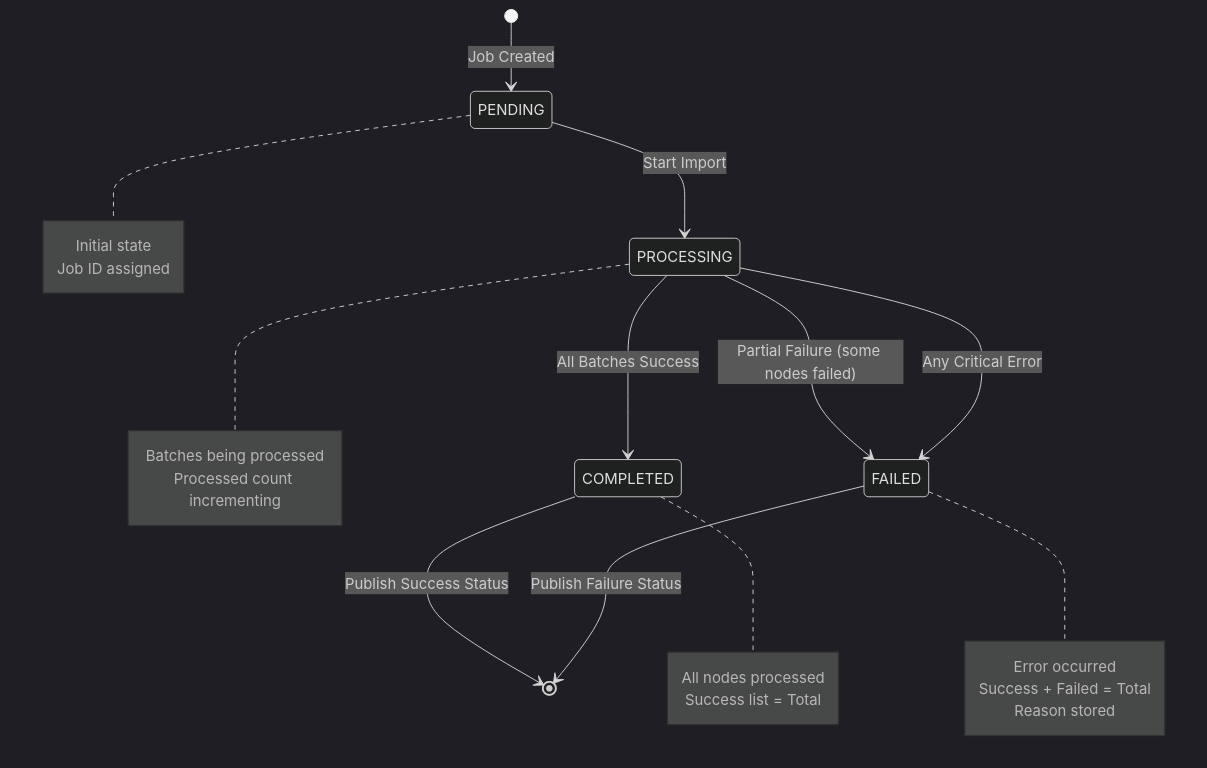
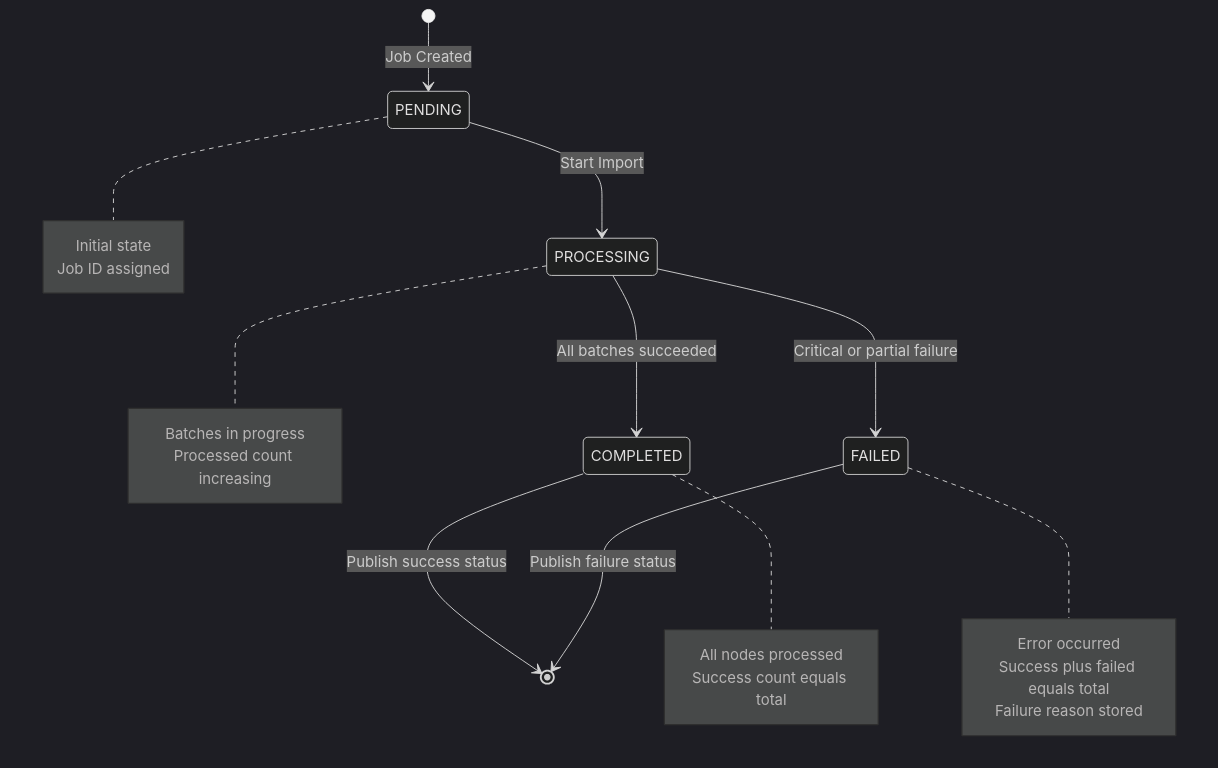
One commit to kagit00/schedule_x changed diagram 28 of 32 in docs/Low Level Designs/NodesImport.md. Above: the diagram before and after it, drawn with Mermaid (dark theme). The commit also changed other lines of this file, not shown here.

````diff
--- a/docs/Low Level Designs/NodesImport.md
+++ b/docs/Low Level Designs/NodesImport.md
@@ -1326,34 +1326,34 @@
 ```mermaid
 stateDiagram-v2
     [*] --> PENDING: Job Created
-    
+
     PENDING --> PROCESSING: Start Import
-    
-    PROCESSING --> COMPLETED: All Batches Success
-    PROCESSING --> FAILED: Any Critical Error
-    PROCESSING --> FAILED: Partial Failure (some nodes failed)
-    
-    FAILED --> [*]: Publish Failure Status
-    COMPLETED --> [*]: Publish Success Status
-    
+
+    PROCESSING --> COMPLETED: All batches succeeded
+    PROCESSING --> FAILED: Critical or partial failure
+
+    FAILED --> [*]: Publish failure status
+    COMPLETED --> [*]: Publish success status
+
     note right of PENDING
         Initial state
         Job ID assigned
     end note
-    
+
     note right of PROCESSING
-        Batches being processed
-        Processed count incrementing
+        Batches in progress
+        Processed count increasing
     end note
-    
+
     note right of COMPLETED
         All nodes processed
-        Success list = Total
+        Success count equals total
     end note
-    
+
     note right of FAILED
         Error occurred
-        Success + Failed = Total
-        Reason stored
+        Success plus failed equals total
+        Failure reason stored
     end note
+
 ```
````
